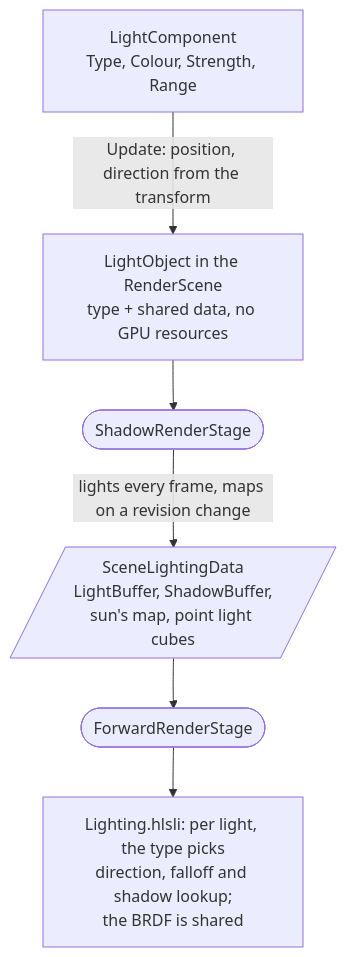
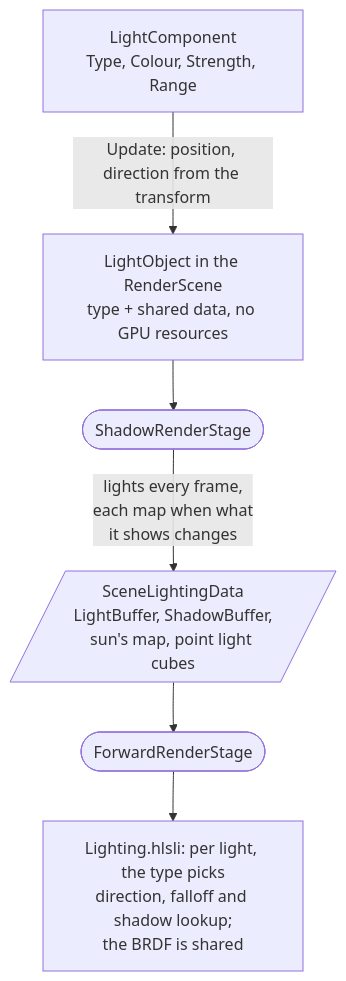
The second of 5 diagrams in Docs/Generated/Engine/04-Rendering/Engine-Graphics-Layer.md (b1nary0/RZE), drawn with Mermaid before and after one commit. The commit also changed other lines of this file and 9 other files, not shown here.

````diff
--- a/Docs/Generated/Engine/04-Rendering/Engine-Graphics-Layer.md
+++ b/Docs/Generated/Engine/04-Rendering/Engine-Graphics-Layer.md
@@ -72,16 +76,16 @@
 ```mermaid
 %%{init: {'flowchart': {'subGraphTitleMargin': {'top': 6, 'bottom': 10}}, 'themeCSS': '.labelBkg, .edgeLabel { background-color: var(--background-primary) !important; } .messageText, .labelText, .loopText { paint-order: stroke; stroke: var(--background-primary); stroke-width: 5px; stroke-linejoin: round; }'}}%%
 flowchart TD
     LC["LightComponent<br/>Type, Colour, Strength, Range"]
     LO["LightObject in the RenderScene<br/>type + shared data, no GPU resources"]
     SRS(["ShadowRenderStage"])
     SLD[/"SceneLightingData<br/>LightBuffer, ShadowBuffer,<br/>sun's map, point light cubes"/]
     FRS(["ForwardRenderStage"])
     SH["Lighting.hlsli: per light, the type picks<br/>direction, falloff and shadow lookup;<br/>the BRDF is shared"]
 
     LC -->|"Update: position, direction from the transform"| LO
     LO --> SRS
-    SRS -->|"lights every frame, maps on a revision change"| SLD
+    SRS -->|"lights every frame,<br/>each map when what<br/>it shows changes"| SLD
     SLD --> FRS
     FRS --> SH
 ```
````
